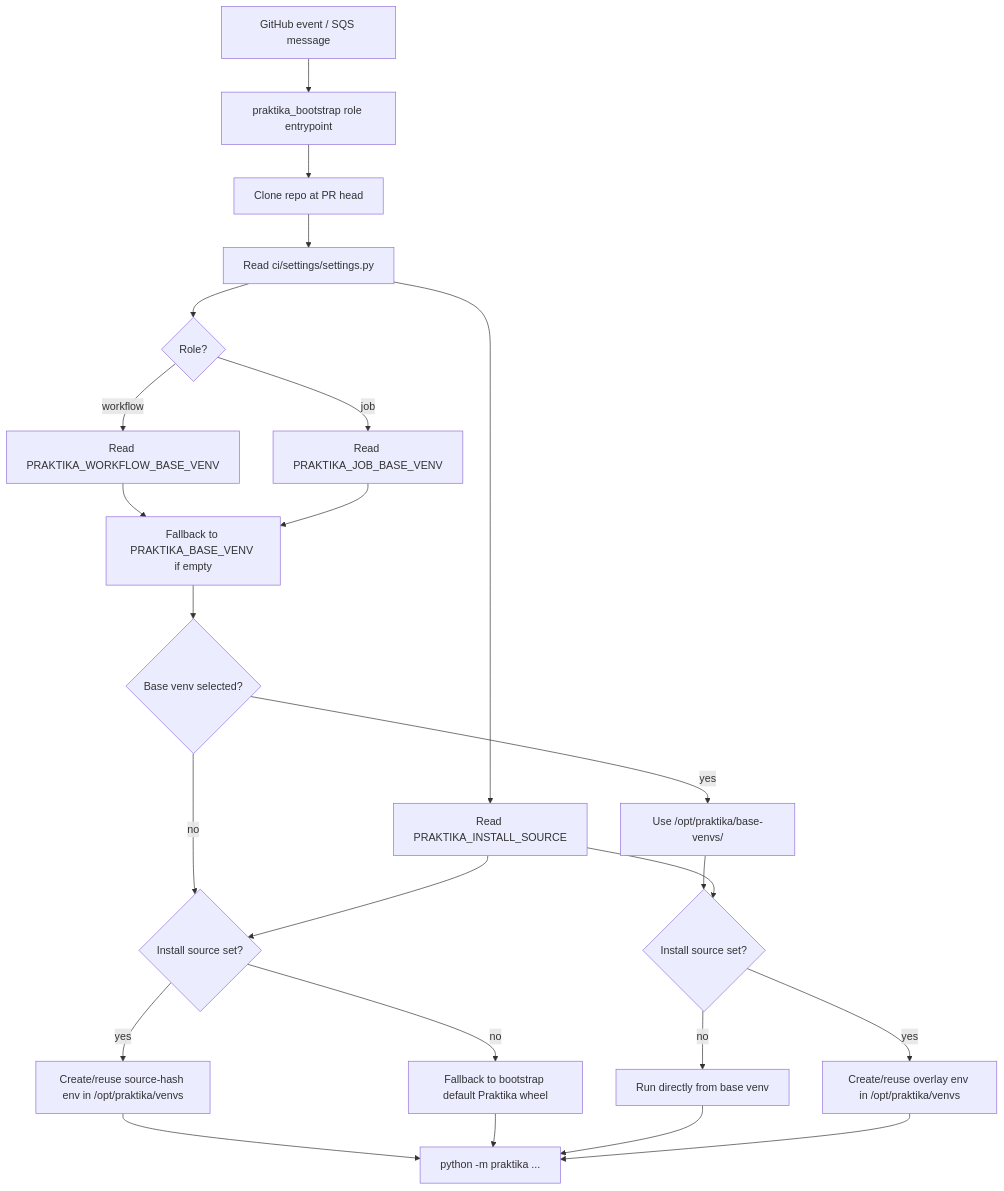
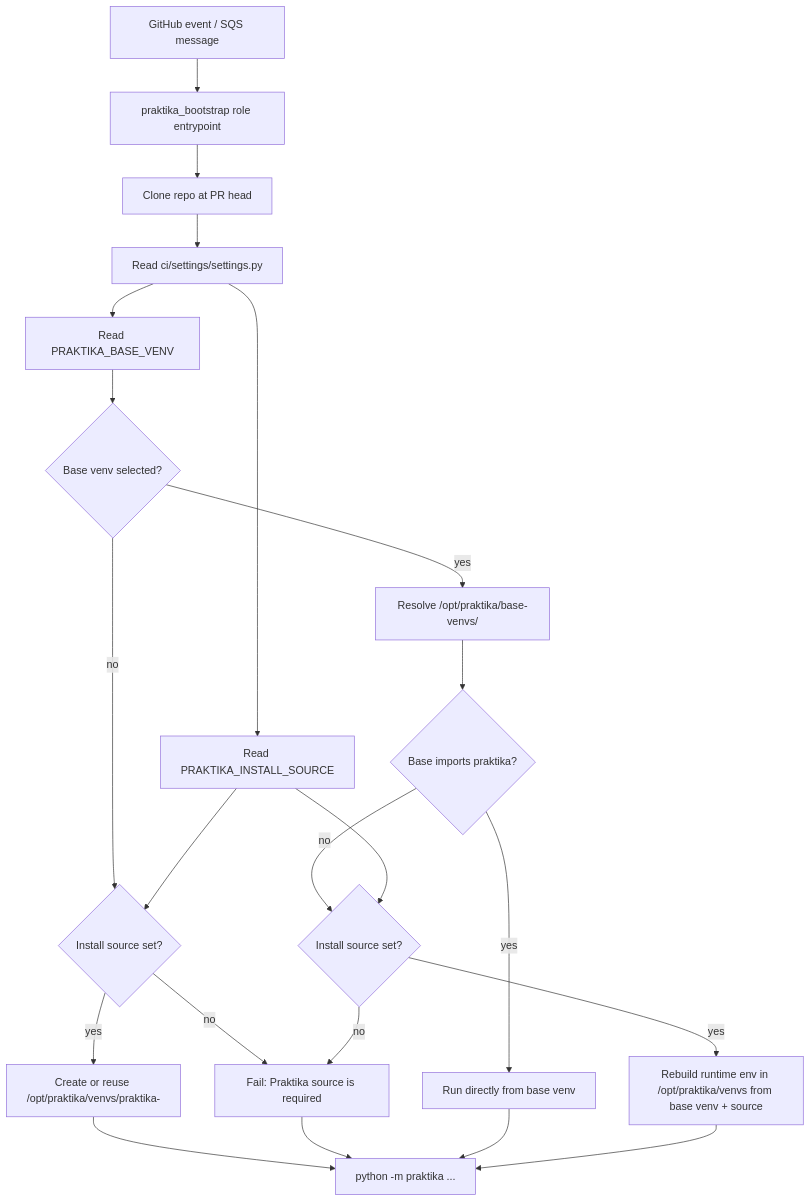
The second of 2 diagrams in praktika/orchestrator/README.md (ClickHouse/praktika), drawn with Mermaid before and after one commit. The commit also changed other lines of this file and 26 other files, not shown here.

````diff
--- a/praktika/orchestrator/README.md
+++ b/praktika/orchestrator/README.md
@@ -137,33 +134,29 @@
 ```mermaid
 flowchart TD
     A[GitHub event / SQS message] --> B[praktika_bootstrap role entrypoint]
     B --> C[Clone repo at PR head]
     C --> D[Read ci/settings/settings.py]
+    D --> E[Read PRAKTIKA_BASE_VENV]
+    D --> F[Read PRAKTIKA_INSTALL_SOURCE]
 
-    D --> E{Role?}
-    E -->|workflow| F[Read PRAKTIKA_WORKFLOW_BASE_VENV]
-    E -->|job| G[Read PRAKTIKA_JOB_BASE_VENV]
+    E --> G{Base venv selected?}
+    G -->|no| H{Install source set?}
+    G -->|yes| I[Resolve /opt/praktika/base-venvs/<name>]
 
-    F --> H[Fallback to PRAKTIKA_BASE_VENV if empty]
-    G --> H
-    D --> I[Read PRAKTIKA_INSTALL_SOURCE]
+    I --> J{Base imports praktika?}
+    J -->|yes| K[Run directly from base venv]
+    J -->|no| L{Install source set?}
 
-    H --> J{Base venv selected?}
-    J -->|no| K{Install source set?}
-    J -->|yes| L[Use /opt/praktika/base-venvs/<name>]
+    H -->|yes| M[Create or reuse /opt/praktika/venvs/praktika-<py>]
+    H -->|no| N[Fail: Praktika source is required]
 
-    K -->|yes| M[Create/reuse source-hash env in /opt/praktika/venvs]
-    K -->|no| N[Fallback to bootstrap default Praktika wheel]
+    L -->|yes| O[Rebuild runtime env in /opt/praktika/venvs from base venv + source]
+    L -->|no| N
 
-    L --> O{Install source set?}
-    O -->|no| P[Run directly from base venv]
-    O -->|yes| Q[Create/reuse overlay env in /opt/praktika/venvs]
-
-    I --> O
-    I --> K
-
-    M --> R[python -m praktika ...]
-    N --> R
-    P --> R
-    Q --> R
+    F --> H
+    F --> L
+    M --> P[python -m praktika ...]
+    N --> P
+    K --> P
+    O --> P
 ```
````
